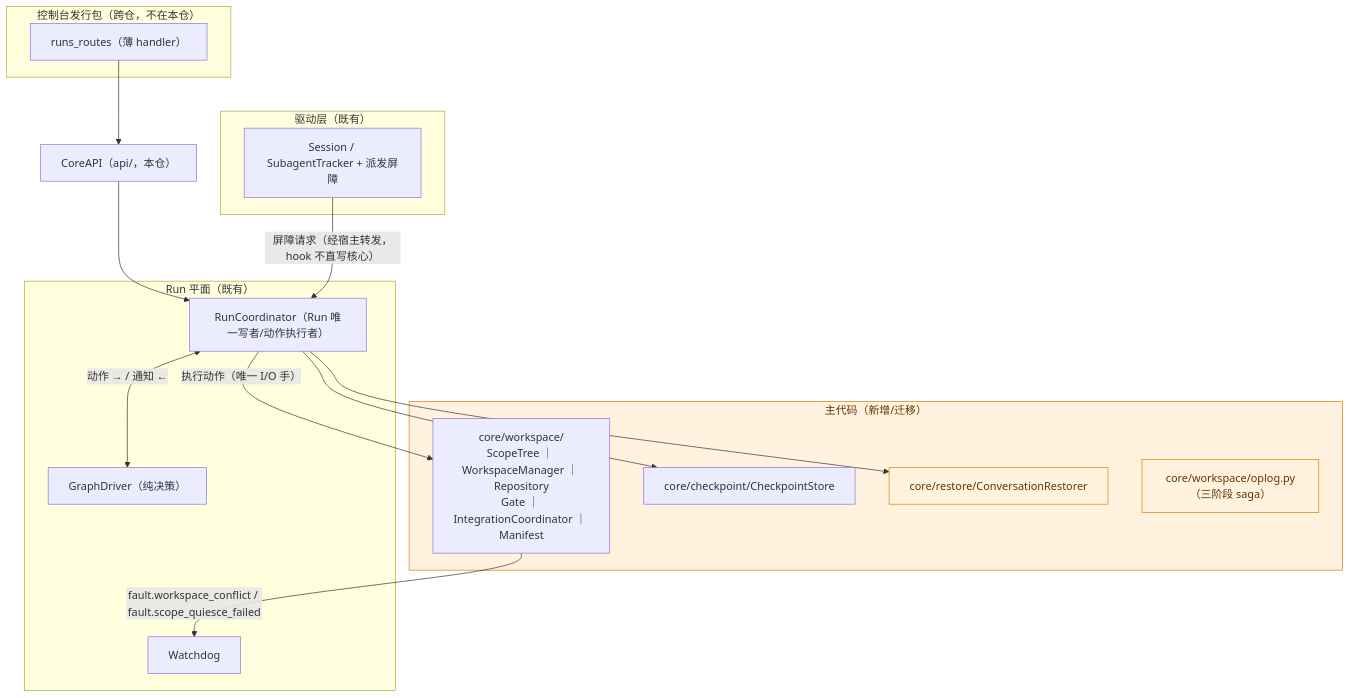
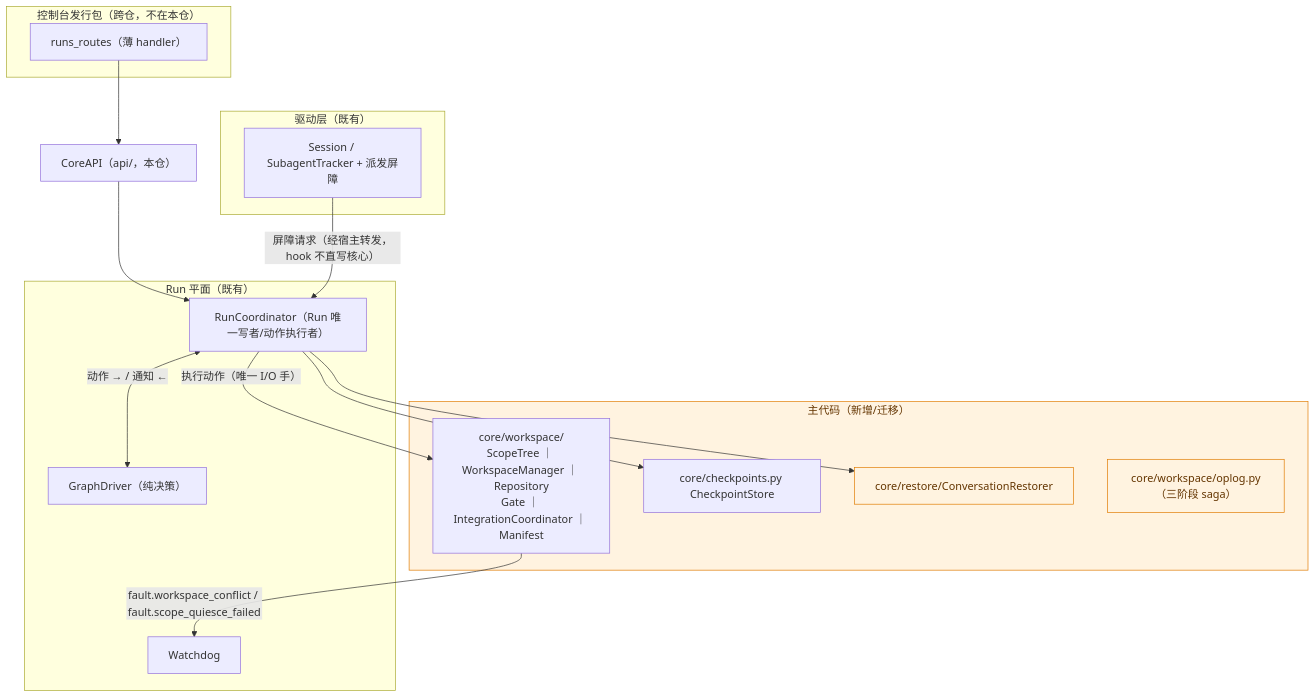
The third of 6 diagrams in docs/specs/traceback-workspace-rollback.md (cywang6/axcor), drawn with Mermaid before and after one commit. The commit also changed other lines of this file and 2 other files, not shown here.

````diff
--- a/docs/specs/traceback-workspace-rollback.md
+++ b/docs/specs/traceback-workspace-rollback.md
@@ -167,31 +167,31 @@
 ```mermaid
 flowchart TD
     subgraph CORE["主代码（新增/迁移）"]
         WS["core/workspace/<br/>ScopeTree ｜ WorkspaceManager ｜ Repository<br/>Gate ｜ IntegrationCoordinator ｜ Manifest"]
-        CP["core/checkpoint/CheckpointStore"]
+        CP["core/checkpoints.py CheckpointStore"]
         RS["core/restore/ConversationRestorer"]
         OP["core/workspace/oplog.py（三阶段 saga）"]
     end
     subgraph RUNPLANE["Run 平面（既有）"]
         RC["RunCoordinator（Run 唯一写者/动作执行者）"]
         GD["GraphDriver（纯决策）"]
         WD["Watchdog"]
     end
     subgraph DRV["驱动层（既有）"]
         SESS["Session / SubagentTracker + 派发屏障"]
     end
     subgraph WEB["控制台发行包（跨仓，不在本仓）"]
         RA["runs_routes（薄 handler）"]
     end
     CA["CoreAPI（api/，本仓）"]
     RA --> CA
     CA --> RC
     RC <-->|"动作 → / 通知 ←"| GD
     RC -->|"执行动作（唯一 I/O 手）"| WS
     RC --> CP
     RC --> RS
     WS -->|"fault.workspace_conflict / fault.scope_quiesce_failed"| WD
     SESS -->|"屏障请求（经宿主转发，hook 不直写核心）"| RC
     classDef core fill:#fff3e0,stroke:#e07b00,color:#643500;
     class CORE,RS,OP core;
 ```
````
